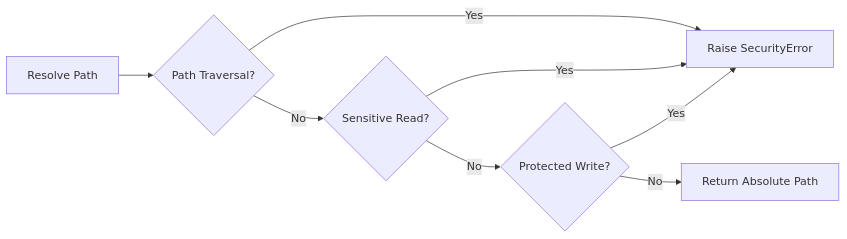
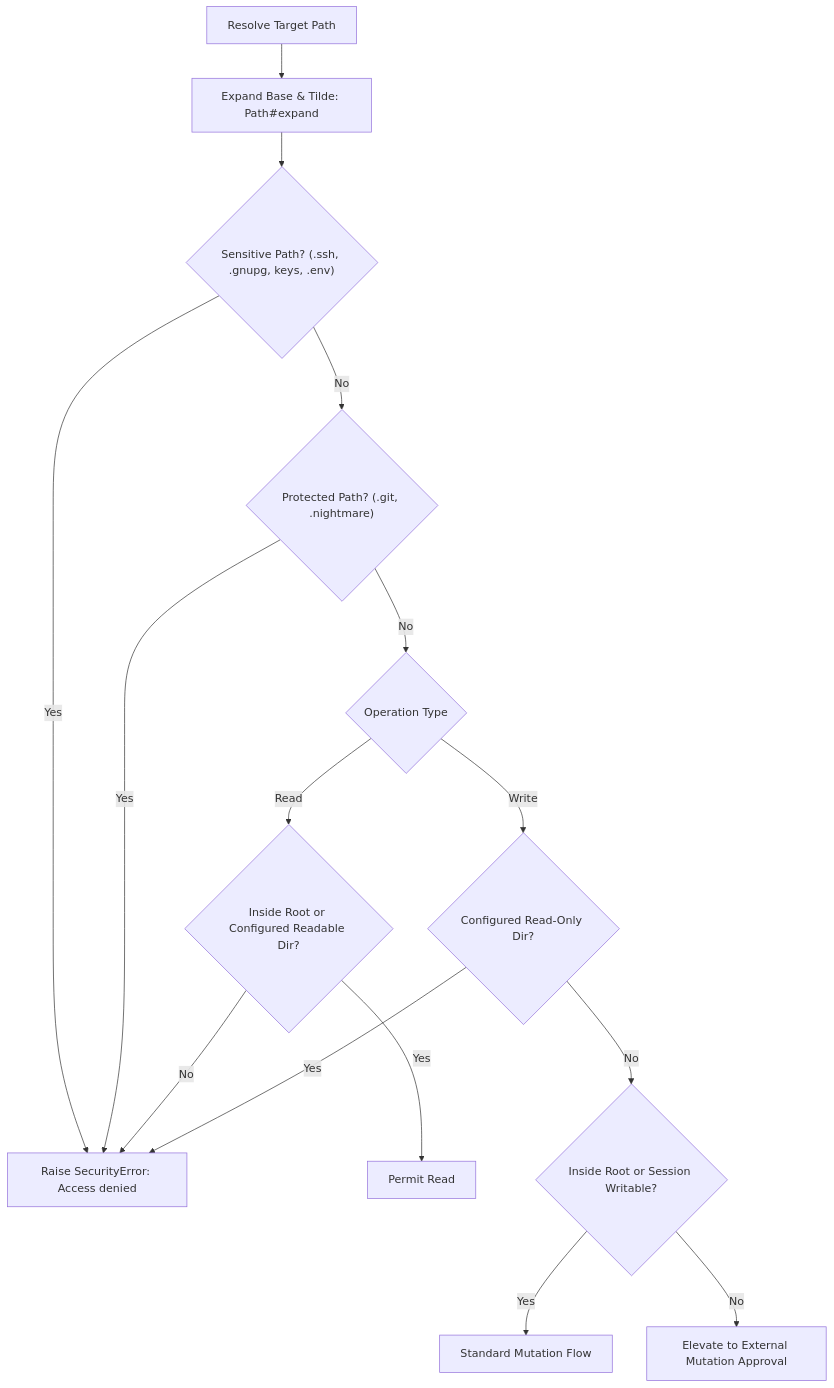
Before and after one commit to ieve-rothe/NIGHTMARE: the third of 3 diagrams in docs/guide/05-approval-boundary.md, drawn with Mermaid. The commit also changed other lines of this file and 4 other files, not shown here.

Commit message:
docs(security): update approval boundary and path resolution documentation

````diff
--- a/docs/guide/05-approval-boundary.md
+++ b/docs/guide/05-approval-boundary.md
@@ -113,10 +126,17 @@
 ```mermaid
-graph LR
-    A[Resolve Path] --> B{Path Traversal?}
-    B -->|Yes| C[Raise SecurityError]
-    B -->|No| D{Sensitive Read?}
-    D -->|Yes| C
-    D -->|No| E{Protected Write?}
-    E -->|Yes| C
-    E -->|No| F[Return Absolute Path]
+graph TD
+    A[Resolve Target Path] --> B["Expand Base & Tilde: Path#expand"]
+    B --> C{"Sensitive Path? (.ssh, .gnupg, keys, .env)"}
+    C -->|Yes| D[Raise SecurityError: Access denied]
+    C -->|No| E{"Protected Path? (.git, .nightmare)"}
+    E -->|Yes| D
+    E -->|No| F{Operation Type}
+    F -->|Read| G{Inside Root or Configured Readable Dir?}
+    G -->|Yes| H[Permit Read]
+    G -->|No| D
+    F -->|Write| I{Configured Read-Only Dir?}
+    I -->|Yes| D
+    I -->|No| J{Inside Root or Session Writable?}
+    J -->|Yes| K[Standard Mutation Flow]
+    J -->|No| L[Elevate to External Mutation Approval]
 ```
````
